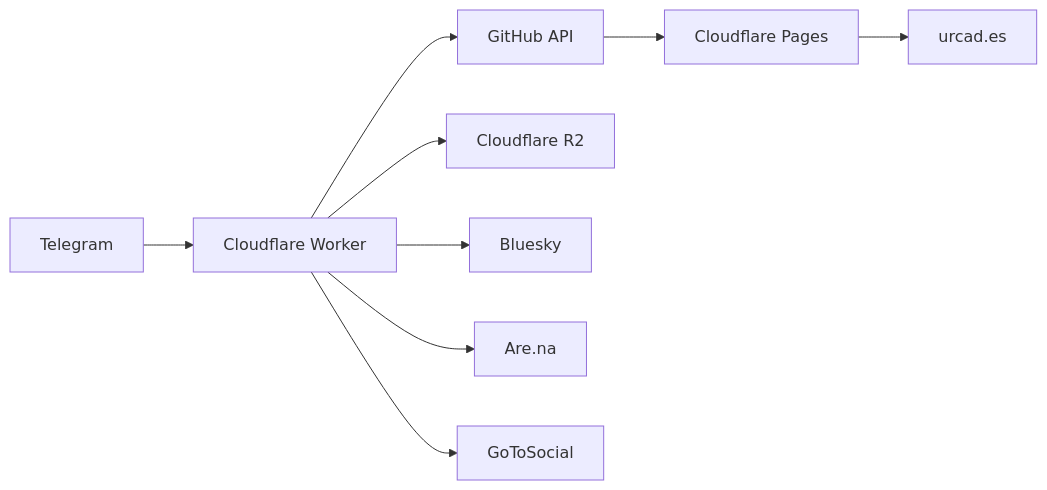
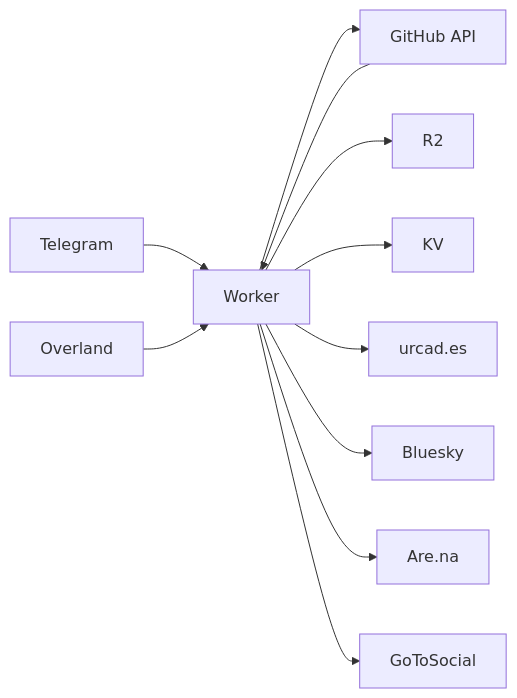
Before and after one commit to urcades/urcad.es: the diagram in readme.md, drawn with Mermaid. The commit also changed other lines of this file and 2 other files, not shown here.

First line of the commit message:
Enhance project documentation and structure for Cloudflare Worker integration

````diff
--- a/readme.md
+++ b/readme.md
@@ -64,11 +74,13 @@
 ```mermaid
 flowchart LR
-    TG[Telegram] --> W[Cloudflare Worker]
+    TG[Telegram] --> W[Worker]
+    OV[Overland] --> W
     W --> GH[GitHub API]
-    W --> R2[Cloudflare R2]
-    GH --> CF[Cloudflare Pages]
-    CF --> Site[urcad.es]
+    W --> R2[R2]
+    W --> KV[KV]
+    GH --> W
+    W --> Site[urcad.es]
     W --> BS[Bluesky]
     W --> AR[Are.na]
     W --> GTS[GoToSocial]
 ```
````
